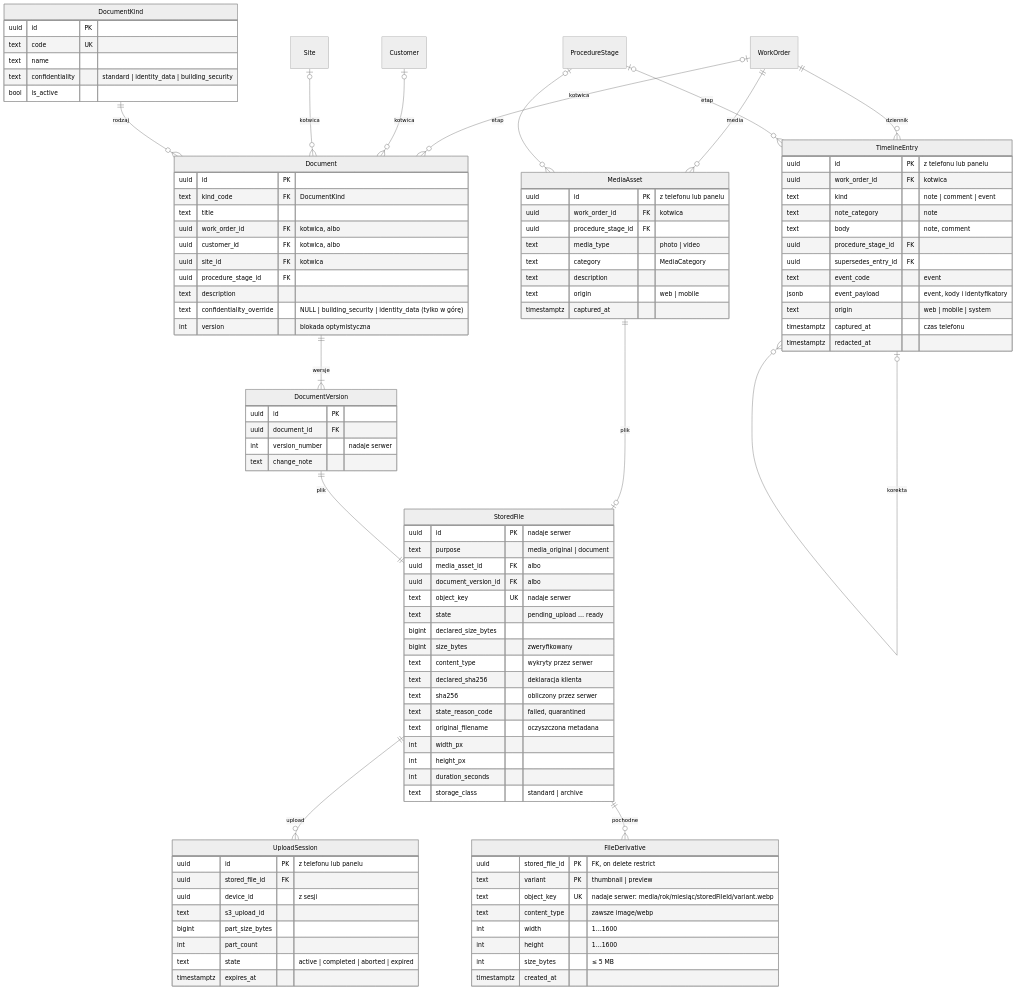
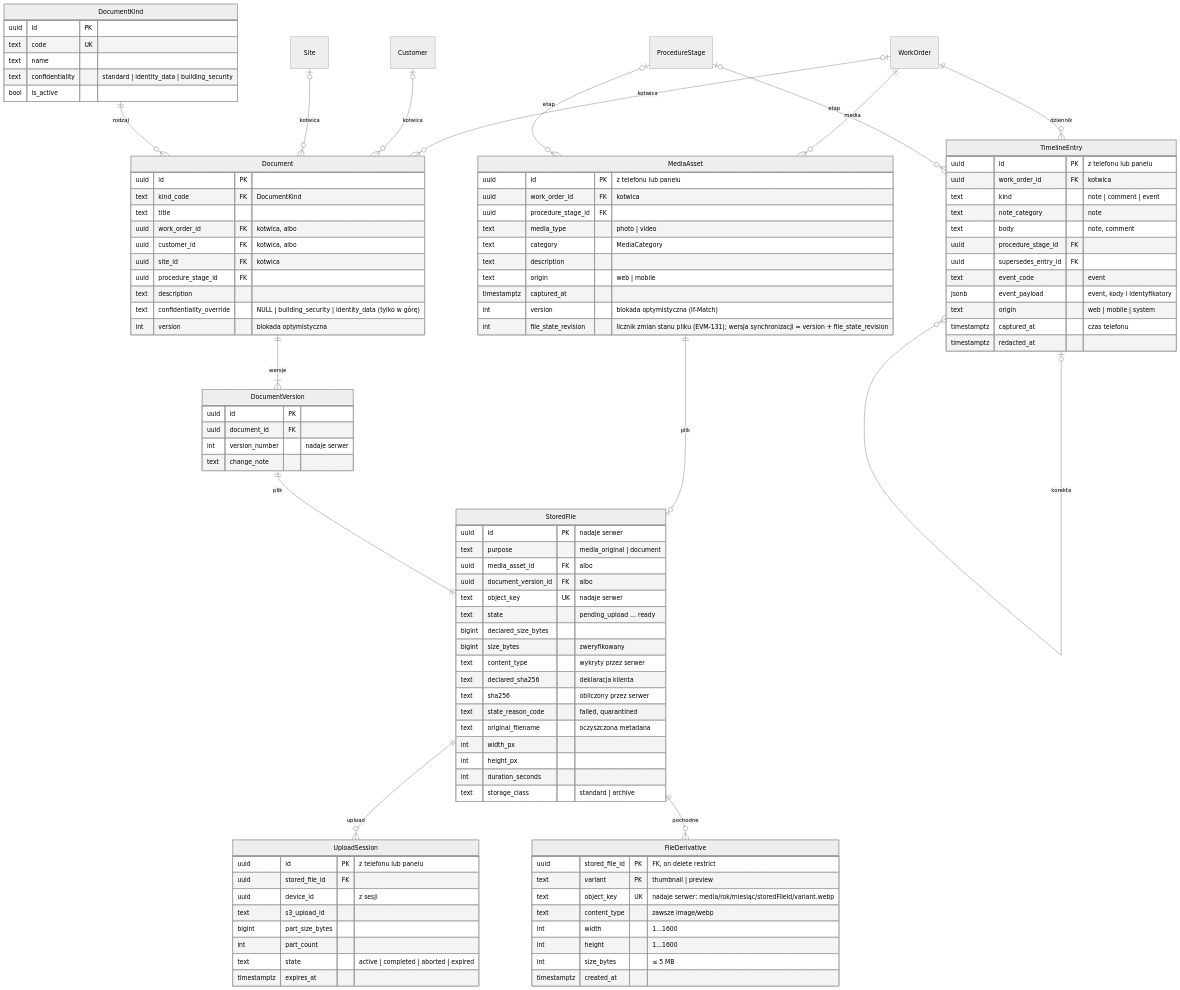
Before and after one commit to konradkluz/evia-manager: the fourth of 8 diagrams in docs/architecture/domain-model.md, drawn with Mermaid (neutral theme). The commit also changed 145 other files, not shown here.

```diff
--- a/docs/architecture/domain-model.md
+++ b/docs/architecture/domain-model.md
@@ -431,6 +431,8 @@
     text description
     text origin "web | mobile"
     timestamptz captured_at
+    int version "blokada optymistyczna (If-Match)"
+    int file_state_revision "licznik zmian stanu pliku (EVM-131); wersja synchronizacji = version + file_state_revision"
   }
   Document {
     uuid id PK
```
